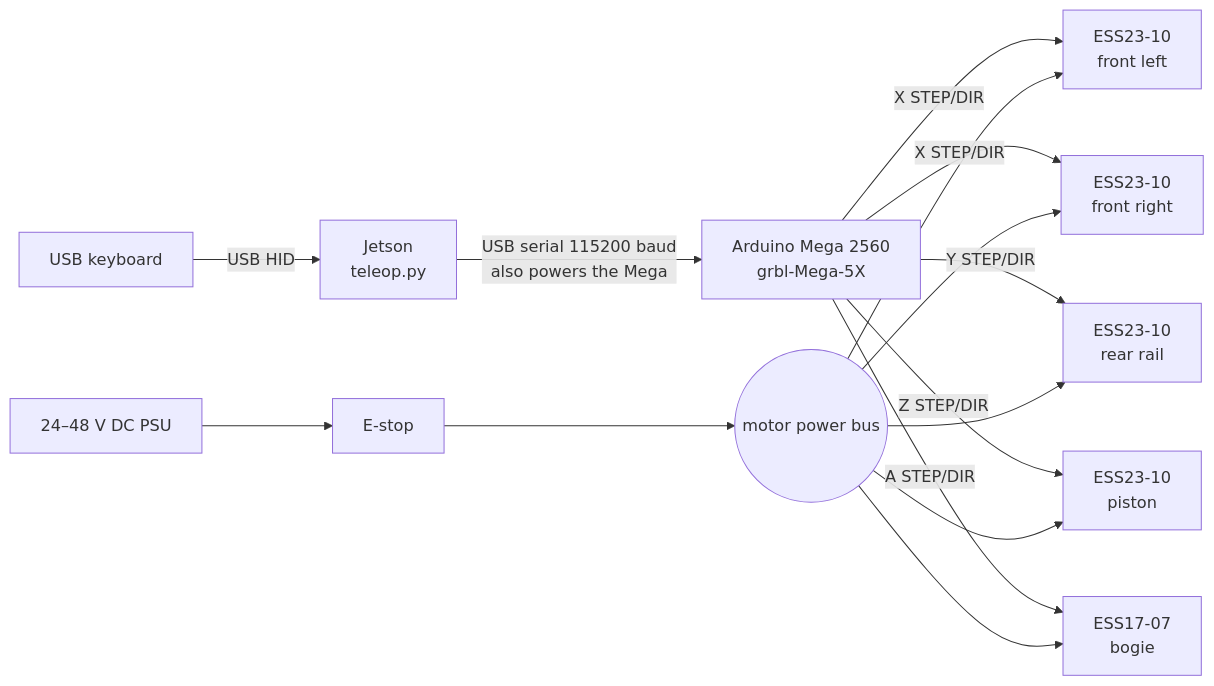
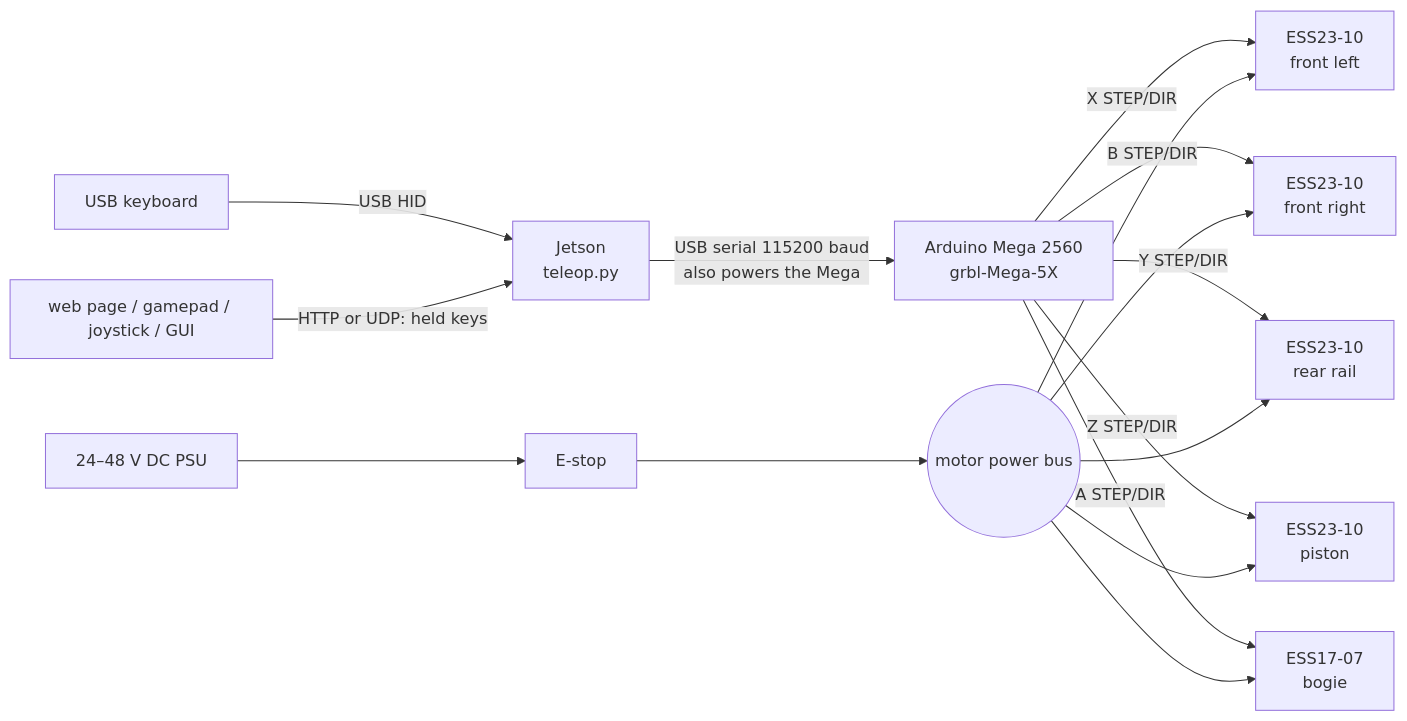
One commit to Amitaansh/arm-teleop changed the first of 3 diagrams in README.md. Above: the diagram before and after it, drawn with Mermaid. The commit also changed other lines of this file and 13 other files, not shown here.

First line of the commit message:
Split front rails onto X/B, per-motor stall homing, web/UDP remote input, full-screen display

````diff
--- a/README.md
+++ b/README.md
@@ -46,14 +54,15 @@
 ```mermaid
 flowchart LR
     KB[USB keyboard] -->|USB HID| J[Jetson<br/>teleop.py]
+    RK[web page / gamepad / joystick / GUI] -->|HTTP or UDP: held keys| J
     J -->|USB serial 115200 baud<br/>also powers the Mega| M[Arduino Mega 2560<br/>grbl-Mega-5X]
 
     M -->|X STEP/DIR| FL[ESS23-10<br/>front left]
-    M -->|X STEP/DIR| FR[ESS23-10<br/>front right]
+    M -->|B STEP/DIR| FR[ESS23-10<br/>front right]
     M -->|Y STEP/DIR| R[ESS23-10<br/>rear rail]
     M -->|Z STEP/DIR| P[ESS23-10<br/>piston]
     M -->|A STEP/DIR| B[ESS17-07<br/>bogie]
 
     PSU[24–48 V DC PSU] --> ES[E-stop] --> BUS((motor power bus))
     BUS --> FL & FR & R & P & B
 ```
````
